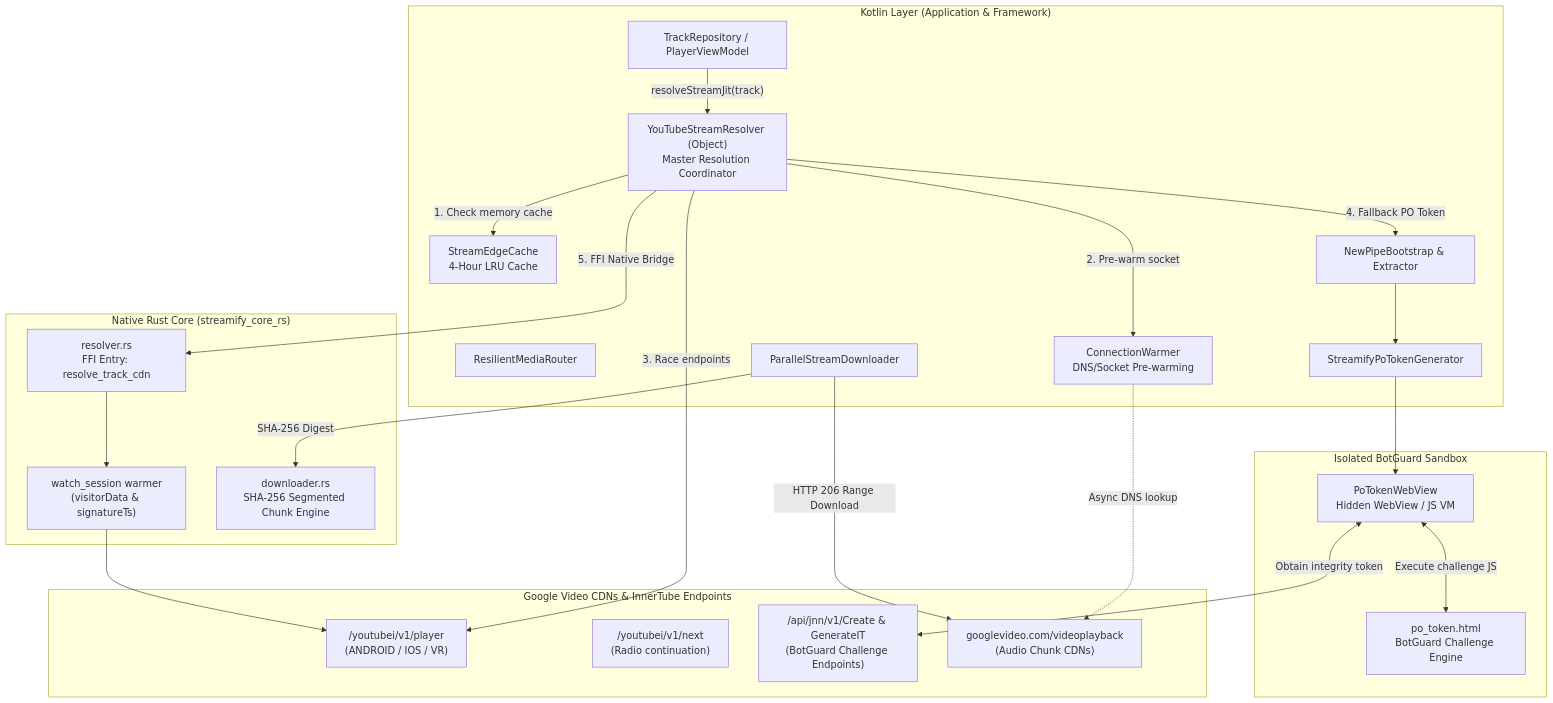
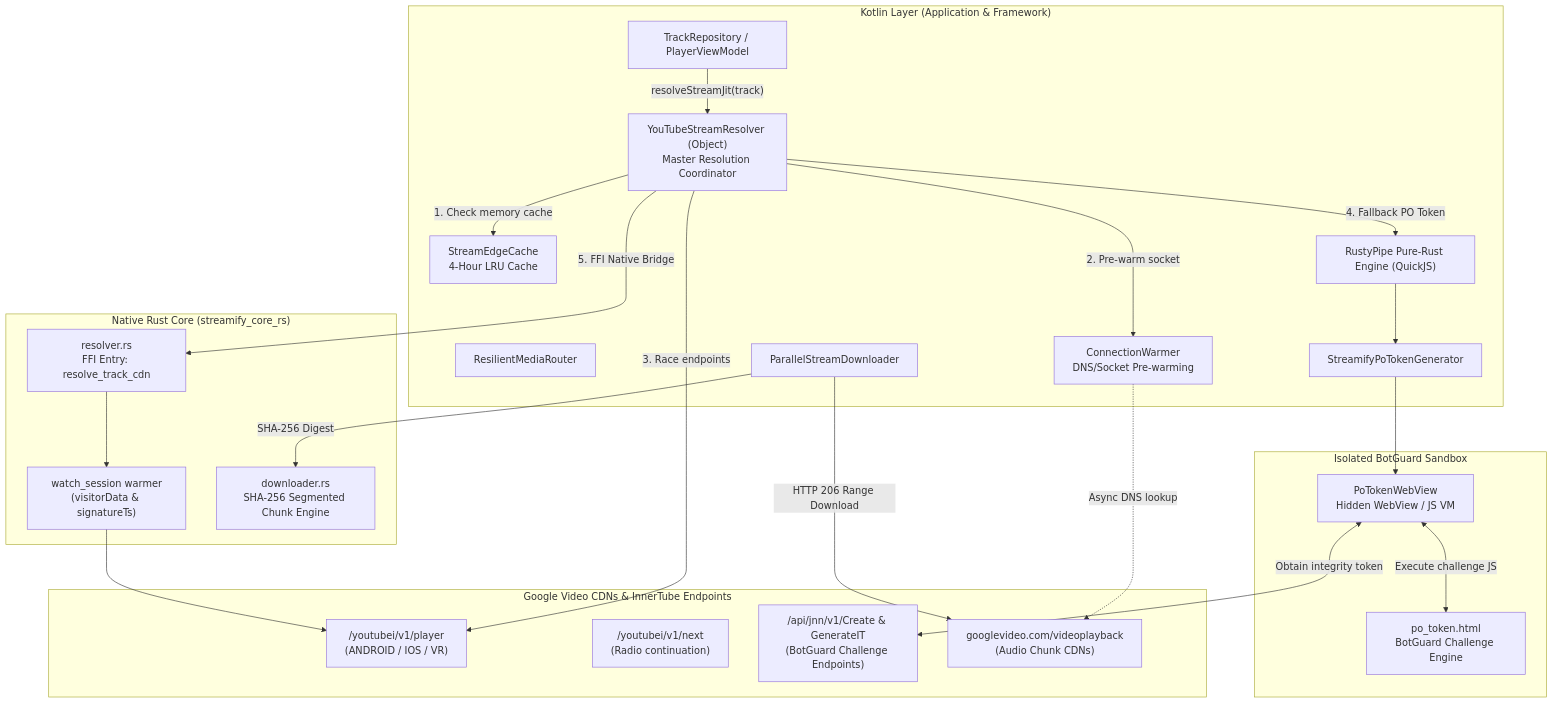
The first of 6 diagrams in docs/architecture/engines/01_stream_resolution.md (meraxes89/streamify-apk), drawn with Mermaid before and after one commit. The commit also changed other lines of this file and 6 other files, not shown here.

First line of the commit message:
feat: route Android track search through RustyPipe JNI and synchronize docs (#132)

````diff
--- a/docs/architecture/engines/01_stream_resolution.md
+++ b/docs/architecture/engines/01_stream_resolution.md
@@ -52,47 +52,47 @@
 ```mermaid
 graph TB
     subgraph KOTLIN_APP["Kotlin Layer (Application & Framework)"]
         TR[TrackRepository / PlayerViewModel]
         YTR["YouTubeStreamResolver (Object)<br/>Master Resolution Coordinator"]
         RMR[ResilientMediaRouter]
         SEC["StreamEdgeCache<br/>4-Hour LRU Cache"]
         CW["ConnectionWarmer<br/>DNS/Socket Pre-warming"]
-        NPB["NewPipeBootstrap & Extractor"]
+        NPB["RustyPipe Pure-Rust Engine (QuickJS)"]
         POT["StreamifyPoTokenGenerator"]
         PSD["ParallelStreamDownloader"]
     end
 
     subgraph WEBVIEW_SANDBOX["Isolated BotGuard Sandbox"]
         PWV["PoTokenWebView<br/>Hidden WebView / JS VM"]
         BJS["po_token.html<br/>BotGuard Challenge Engine"]
     end
 
     subgraph NATIVE_RUST["Native Rust Core (streamify_core_rs)"]
         RR["resolver.rs<br/>FFI Entry: resolve_track_cdn"]
         WARM["watch_session warmer<br/>(visitorData & signatureTs)"]
         RD["downloader.rs<br/>SHA-256 Segmented Chunk Engine"]
     end
 
     subgraph REMOTE_CDNS["Google Video CDNs & InnerTube Endpoints"]
         ITP["/youtubei/v1/player<br/>(ANDROID / IOS / VR)"]
         ITN["/youtubei/v1/next<br/>(Radio continuation)"]
         JNN["/api/jnn/v1/Create & GenerateIT<br/>(BotGuard Challenge Endpoints)"]
         CDN["googlevideo.com/videoplayback<br/>(Audio Chunk CDNs)"]
     end
 
     TR -->|"resolveStreamJit(track)"| YTR
     YTR -->|"1. Check memory cache"| SEC
     YTR -->|"2. Pre-warm socket"| CW
     CW -.->|"Async DNS lookup"| CDN
     YTR -->|"3. Race endpoints"| ITP
     YTR -->|"4. Fallback PO Token"| NPB
     NPB --> POT
     POT --> PWV
     PWV <-->|"Execute challenge JS"| BJS
     PWV <-->|"Obtain integrity token"| JNN
     YTR -->|"5. FFI Native Bridge"| RR
     RR --> WARM
     WARM --> ITP
     PSD -->|"HTTP 206 Range Download"| CDN
     PSD -->|"SHA-256 Digest"| RD
 ```
````
